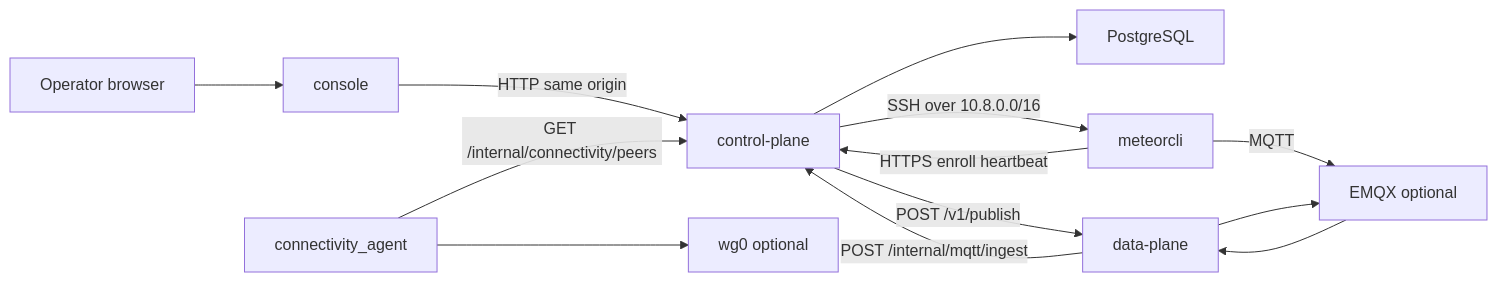
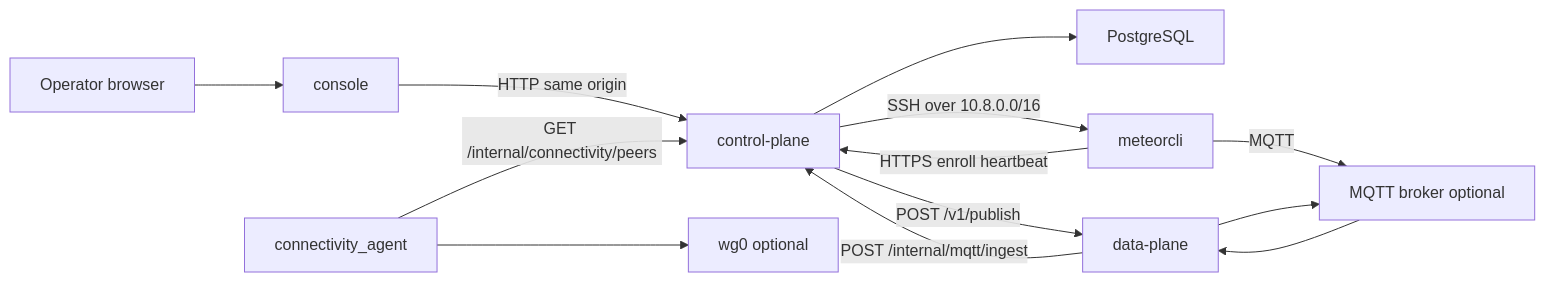
One commit to meteor-edge/meteor-cloud changed the diagram in docs/architecture.md. Above: the diagram before and after it, drawn with Mermaid. The commit also changed other lines of this file and 85 other files, not shown here.

First line of the commit message:
Make the MQTT broker selectable: Mosquitto by default, EMQX and VerneMQ optional (#42)

````diff
--- a/docs/architecture.md
+++ b/docs/architecture.md
@@ -33,25 +33,25 @@
 ```mermaid
 flowchart LR
   browser[Operator browser]
   console[console]
   api[control-plane]
   pg[PostgreSQL]
   dp[data-plane]
-  emqx[EMQX optional]
+  emqx[MQTT broker optional]
   agent[meteorcli]
   gw[connectivity_agent]
   wg[wg0 optional]
 
   browser --> console
   console -->|"HTTP same origin"| api
   api --> pg
   agent -->|"HTTPS enroll heartbeat"| api
   agent -->|"MQTT"| emqx
   emqx --> dp
   dp -->|"POST /internal/mqtt/ingest"| api
   api -->|"POST /v1/publish"| dp
   dp --> emqx
   gw -->|"GET /internal/connectivity/peers"| api
   gw --> wg
   api -->|"SSH over 10.8.0.0/16"| agent
 ```
````
